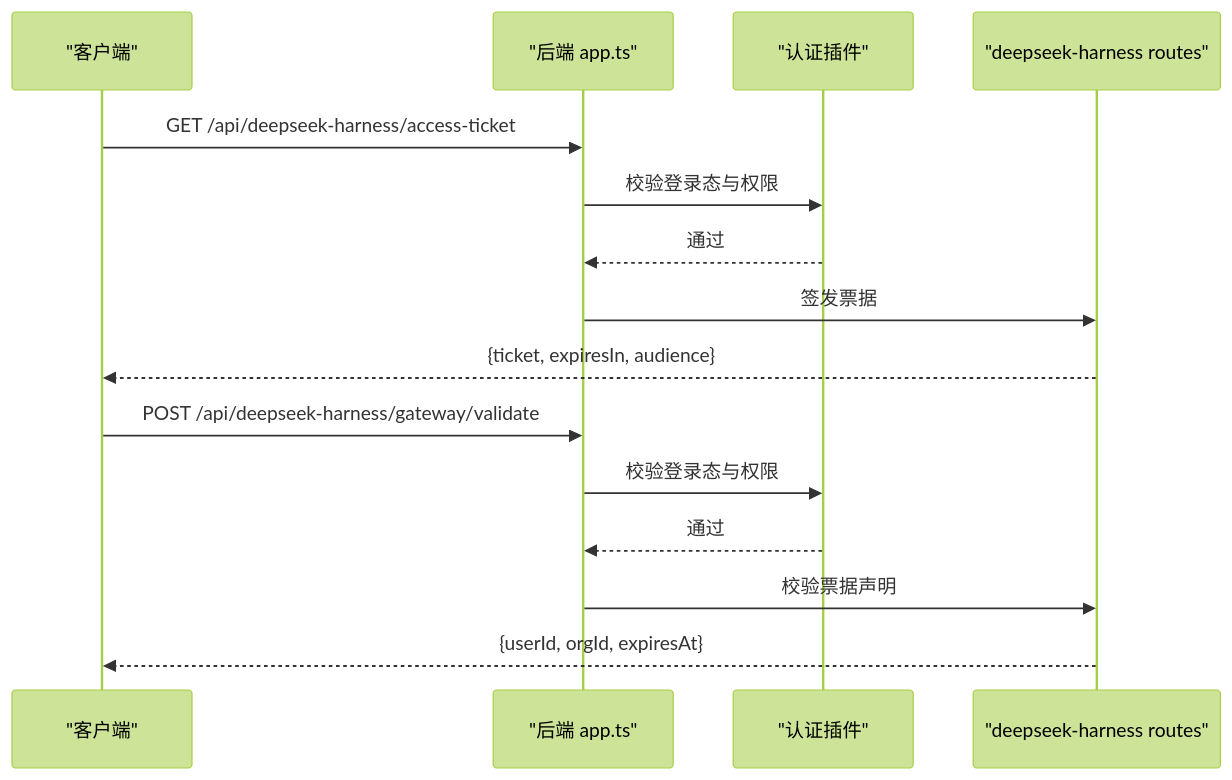
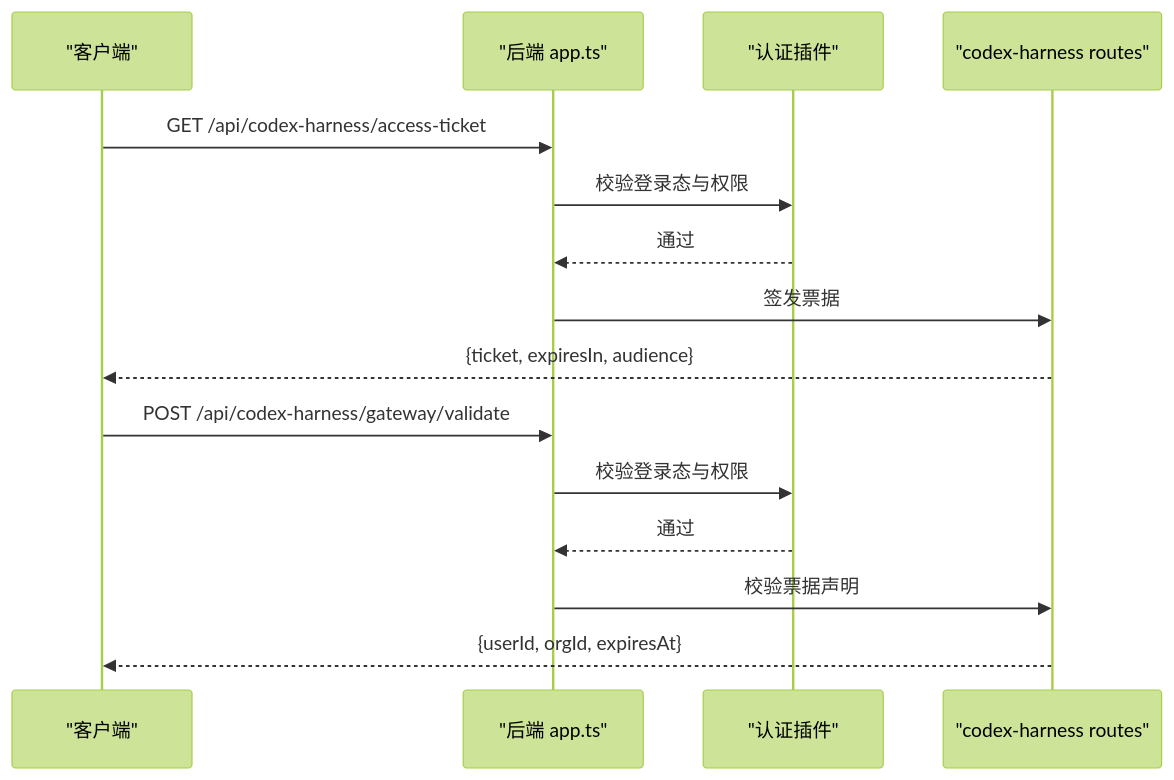
The third of 5 diagrams in .qoder/repowiki/zh/content/核心服务/DeepSeek Codex 集成架构.md (iljahofbauer219-lang/yandu), drawn with Mermaid (forest theme) before and after one commit. The commit also changed other lines of this file and 3071 other files, not shown here.

````diff
--- a/.qoder/repowiki/zh/content/核心服务/DeepSeek Codex 集成架构.md
+++ b/.qoder/repowiki/zh/content/核心服务/DeepSeek Codex 集成架构.md
@@ -172,17 +156,17 @@
 ```mermaid
 sequenceDiagram
 participant Client as "客户端"
 participant Server as "后端 app.ts"
 participant Auth as "认证插件"
-participant Route as "deepseek-harness routes"
-Client->>Server : GET /api/deepseek-harness/access-ticket
+participant Route as "codex-harness routes"
+Client->>Server : GET /api/codex-harness/access-ticket
 Server->>Auth : 校验登录态与权限
 Auth-->>Server : 通过
 Server->>Route : 签发票据
 Route-->>Client : {ticket, expiresIn, audience}
-Client->>Server : POST /api/deepseek-harness/gateway/validate
+Client->>Server : POST /api/codex-harness/gateway/validate
 Server->>Auth : 校验登录态与权限
 Auth-->>Server : 通过
 Server->>Route : 校验票据声明
 Route-->>Client : {userId, orgId, expiresAt}
 ```
````
